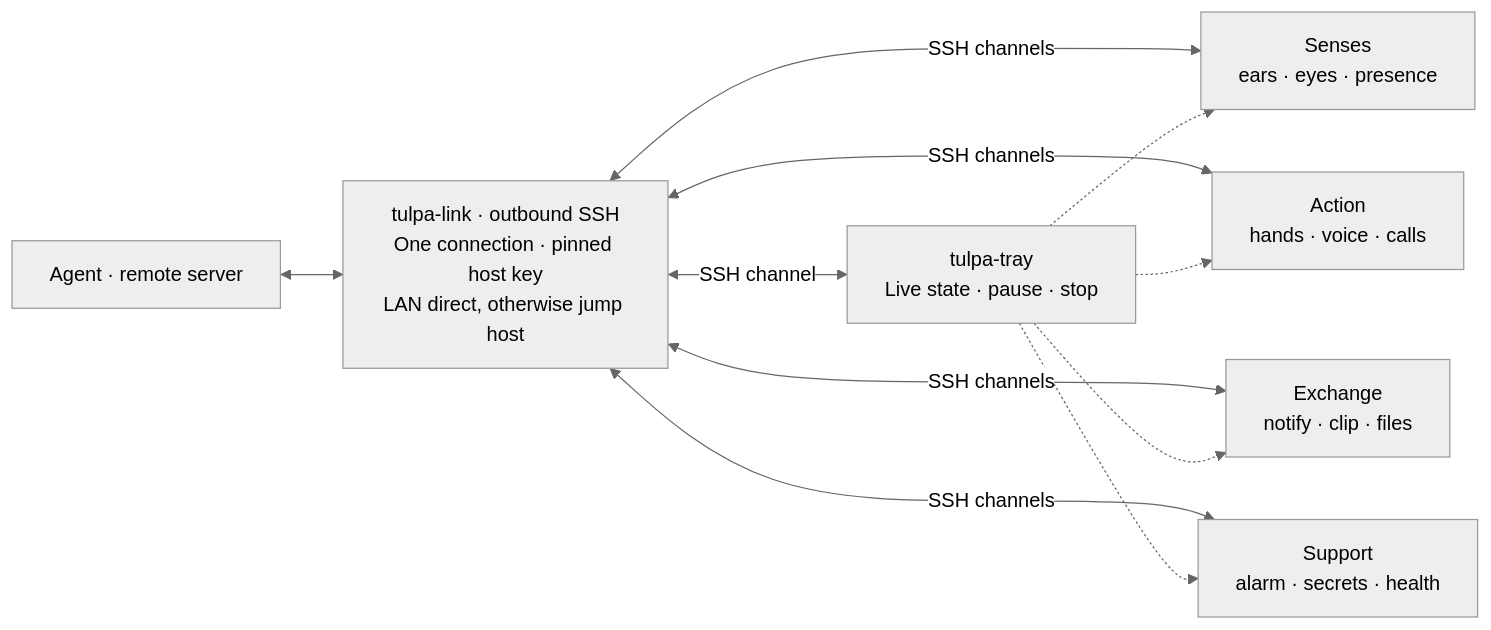
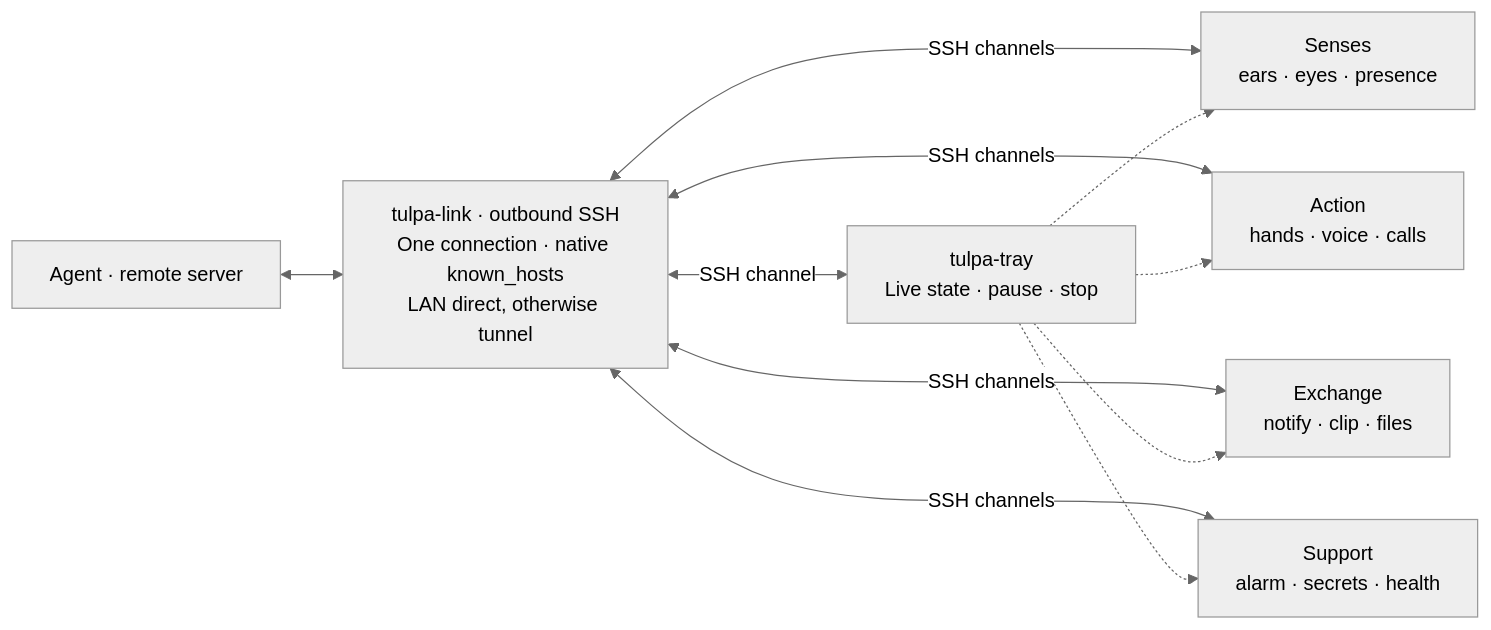
Before and after one commit to Vany/tulpa: the diagram in README.md, drawn with Mermaid (neutral theme). The commit also changed other lines of this file and 211 other files, not shown here.

````diff
--- a/README.md
+++ b/README.md
@@ -19,13 +93,13 @@
 ```mermaid
 flowchart LR
-    agent["Agent · remote server"] <--> link["tulpa-link · outbound SSH<br/>One connection · pinned host key<br/>LAN direct, otherwise jump host"]
+    agent["Agent · remote server"] <--> link["tulpa-link · outbound SSH<br/>One connection · native known_hosts<br/>LAN direct, otherwise tunnel"]
     link <-->|SSH channels| senses["Senses<br/>ears · eyes · presence"]
     link <-->|SSH channels| action["Action<br/>hands · voice · calls"]
     link <-->|SSH channels| exchange["Exchange<br/>notify · clip · files"]
     link <-->|SSH channels| support["Support<br/>alarm · secrets · health"]
     link <-->|SSH channel| tray["tulpa-tray<br/>Live state · pause · stop"]
     tray -.-> senses
     tray -.-> action
     tray -.-> exchange
     tray -.-> support
 ```
````
